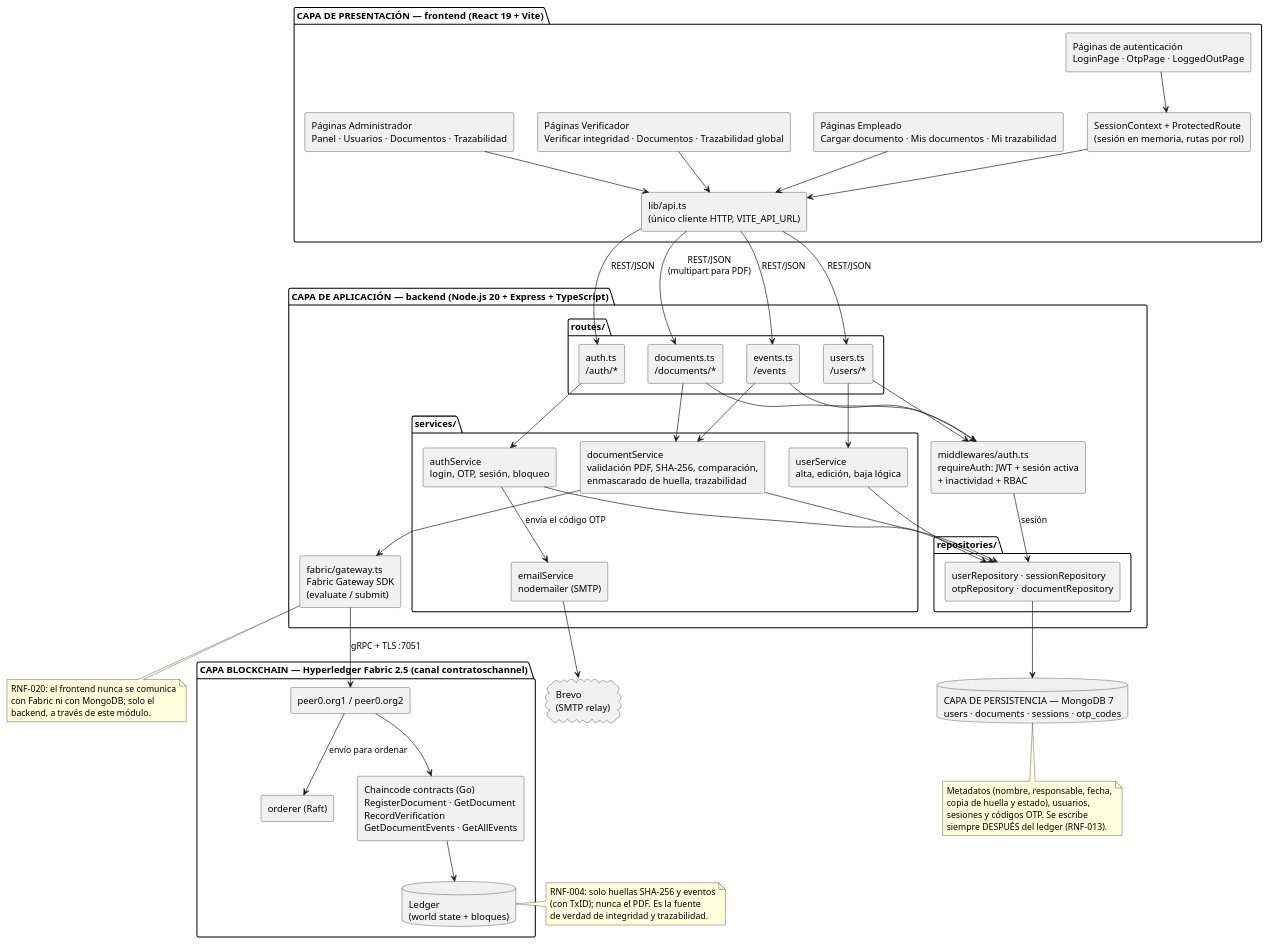
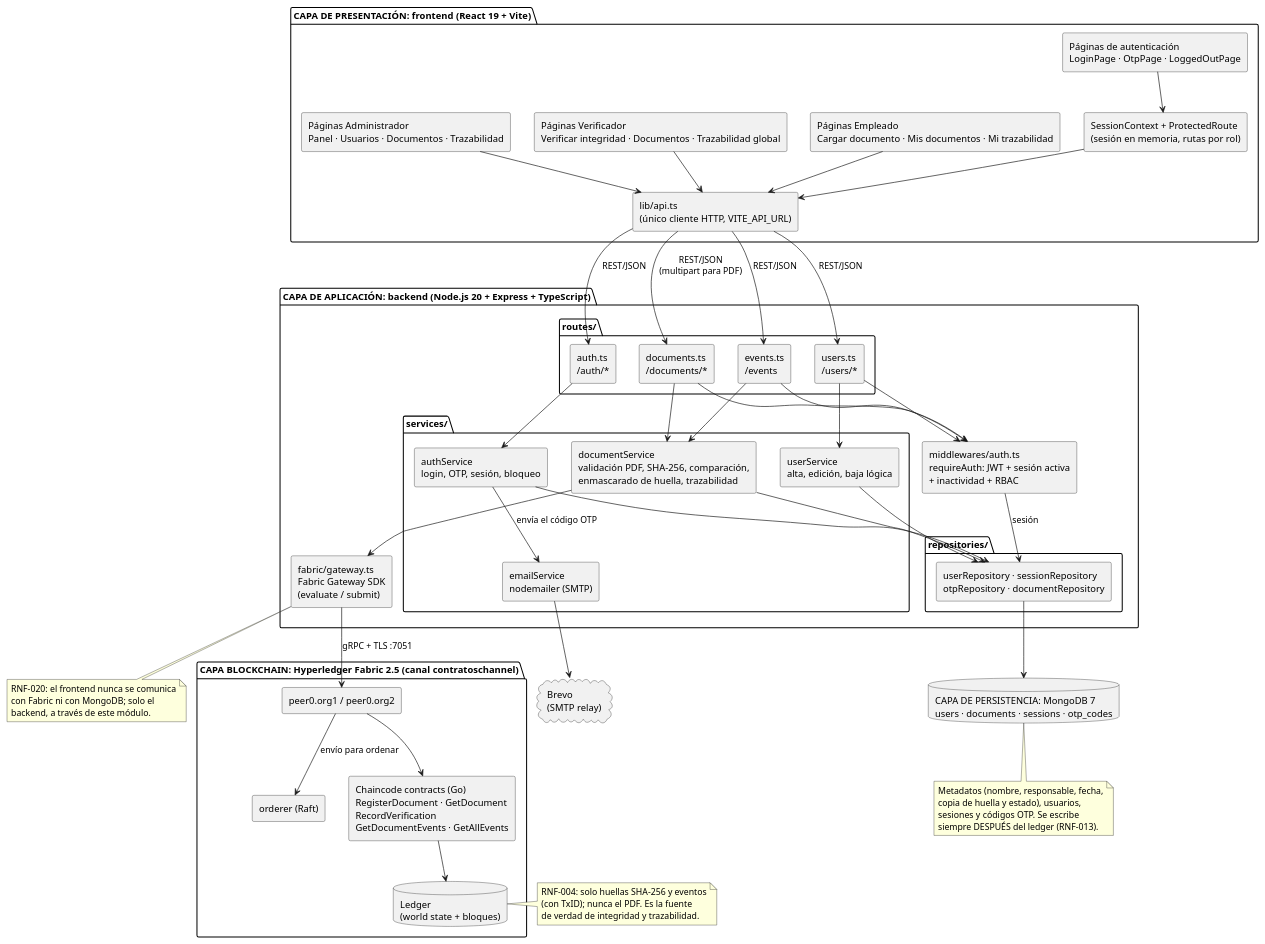
One commit to swummen/Blockchain_Contratos changed the diagram in docs/uml/01-diagrama-componentes.puml. Above: the diagram before and after it, drawn with PlantUML. The commit also changed 104 other files, not shown here.

```diff
--- a/docs/uml/01-diagrama-componentes.puml
+++ b/docs/uml/01-diagrama-componentes.puml
@@ -1,94 +1,94 @@
 @startuml 01-diagrama-componentes
 skinparam componentStyle rectangle
 
-package "CAPA DE PRESENTACIÓN — frontend (React 19 + Vite)" {
+package "CAPA DE PRESENTACIÓN: frontend (React 19 + Vite)" {
   [Páginas de autenticación\nLoginPage · OtpPage · LoggedOutPage] as UI_Auth
   [Páginas Empleado\nCargar documento · Mis documentos · Mi trazabilidad] as UI_Empleado
   [Páginas Verificador\nVerificar integridad · Documentos · Trazabilidad global] as UI_Verificador
   [Páginas Administrador\nPanel · Usuarios · Documentos · Trazabilidad] as UI_Admin
   [SessionContext + ProtectedRoute\n(sesión en memoria, rutas por rol)] as UI_Session
   [lib/api.ts\n(único cliente HTTP, VITE_API_URL)] as UI_Api
 }
 
-package "CAPA DE APLICACIÓN — backend (Node.js 20 + Express + TypeScript)" {
+package "CAPA DE APLICACIÓN: backend (Node.js 20 + Express + TypeScript)" {
   package "routes/" {
     [auth.ts\n/auth/*] as R_Auth
     [documents.ts\n/documents/*] as R_Docs
     [events.ts\n/events] as R_Events
     [users.ts\n/users/*] as R_Users
   }
   [middlewares/auth.ts\nrequireAuth: JWT + sesión activa\n+ inactividad + RBAC] as MW
   package "services/" {
     [authService\nlogin, OTP, sesión, bloqueo] as S_Auth
     [documentService\nvalidación PDF, SHA-256, comparación,\nenmascarado de huella, trazabilidad] as S_Doc
     [userService\nalta, edición, baja lógica] as S_User
     [emailService\nnodemailer (SMTP)] as S_Mail
   }
   package "repositories/" {
     [userRepository · sessionRepository\notpRepository · documentRepository] as Repo
   }
   [fabric/gateway.ts\nFabric Gateway SDK\n(evaluate / submit)] as GW
 }
 
-database "CAPA DE PERSISTENCIA — MongoDB 7\nusers · documents · sessions · otp_codes" as DB
+database "CAPA DE PERSISTENCIA: MongoDB 7\nusers · documents · sessions · otp_codes" as DB
 
-package "CAPA BLOCKCHAIN — Hyperledger Fabric 2.5 (canal contratoschannel)" {
+package "CAPA BLOCKCHAIN: Hyperledger Fabric 2.5 (canal contratoschannel)" {
   [peer0.org1 / peer0.org2] as Peer
   [Chaincode contracts (Go)\nRegisterDocument · GetDocument\nRecordVerification\nGetDocumentEvents · GetAllEvents] as CC
   database "Ledger\n(world state + bloques)" as Ledger
   [orderer (Raft)] as Orderer
 }
 
 cloud "Brevo\n(SMTP relay)" as Brevo
 
 UI_Auth --> UI_Session
 UI_Empleado --> UI_Api
 UI_Verificador --> UI_Api
 UI_Admin --> UI_Api
 UI_Session --> UI_Api
 UI_Api --> R_Auth : REST/JSON
 UI_Api --> R_Docs : REST/JSON\n(multipart para PDF)
 UI_Api --> R_Events : REST/JSON
 UI_Api --> R_Users : REST/JSON
 
 R_Auth --> S_Auth
 R_Docs --> MW
 R_Events --> MW
 R_Users --> MW
 R_Docs --> S_Doc
 R_Events --> S_Doc
 R_Users --> S_User
 
 S_Auth --> S_Mail : envía el código OTP
 S_Auth --> Repo
 S_Doc --> Repo
 S_Doc --> GW
 S_User --> Repo
 MW --> Repo : sesión
 
 S_Mail --> Brevo
 Repo --> DB
 GW --> Peer : gRPC + TLS :7051
 Peer --> CC
 CC --> Ledger
 Peer --> Orderer : envío para ordenar
 
 note bottom of GW
   RNF-020: el frontend nunca se comunica
   con Fabric ni con MongoDB; solo el
   backend, a través de este módulo.
 end note
 
 note right of Ledger
   RNF-004: solo huellas SHA-256 y eventos
   (con TxID); nunca el PDF. Es la fuente
   de verdad de integridad y trazabilidad.
 end note
 
 note bottom of DB
   Metadatos (nombre, responsable, fecha,
   copia de huella y estado), usuarios,
   sesiones y códigos OTP. Se escribe
   siempre DESPUÉS del ledger (RNF-013).
 end note
 @enduml
```
